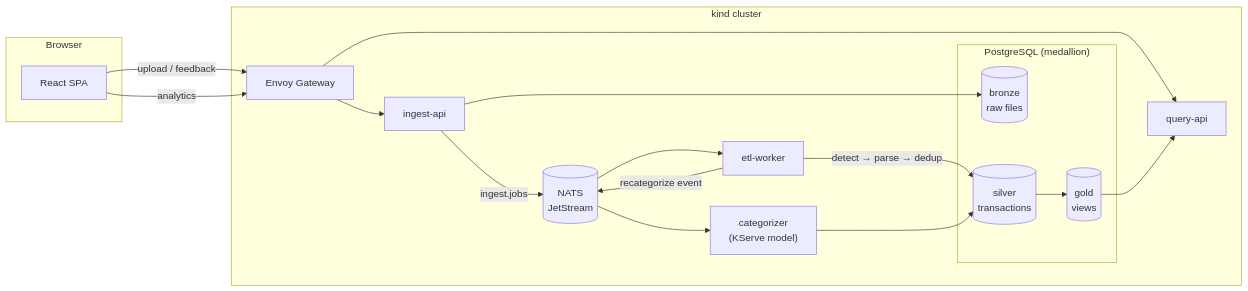
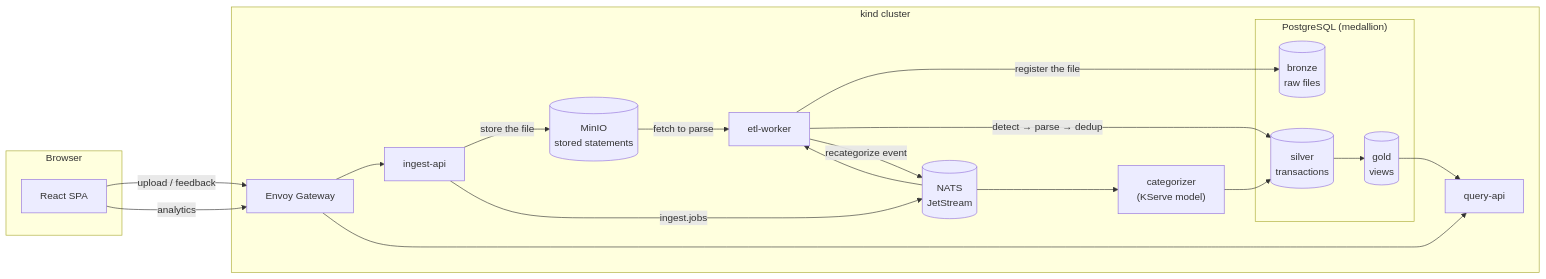
The first of 3 diagrams in README.md (danielededo/cashato), drawn with Mermaid before and after one commit. The commit also changed other lines of this file and 10 other files, not shown here.

````diff
--- a/README.md
+++ b/README.md
@@ -42,26 +42,29 @@
 ```mermaid
 flowchart LR
     subgraph client["Browser"]
         SPA["React SPA"]
     end
     subgraph cluster["kind cluster"]
         GW["Envoy Gateway"]
         IN["ingest-api"]
         Q["query-api"]
         W["etl-worker"]
         C["categorizer<br/>(KServe model)"]
         NATS[("NATS<br/>JetStream")]
+        OBJ[("MinIO<br/>stored statements")]
         subgraph pg["PostgreSQL (medallion)"]
             B[("bronze<br/>raw files")]
             S[("silver<br/>transactions")]
             G[("gold<br/>views")]
         end
     end
     SPA -->|"upload / feedback"| GW --> IN
     SPA -->|"analytics"| GW --> Q
+    IN -->|"store the file"| OBJ
     IN -->|"ingest.jobs"| NATS --> W
-    IN --> B
+    OBJ -->|"fetch to parse"| W
+    W -->|"register the file"| B
     W -->|"detect → parse → dedup"| S
     W -->|"recategorize event"| NATS --> C --> S
     S --> G --> Q
 ```
````
